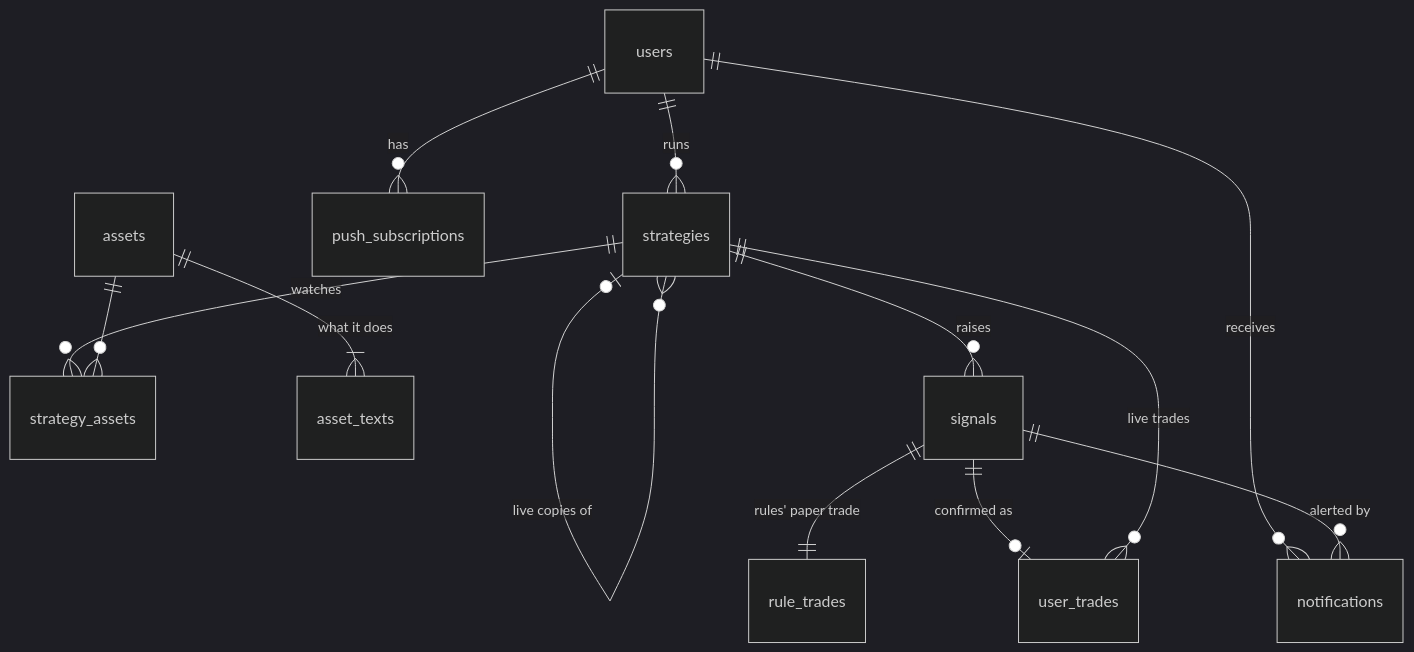
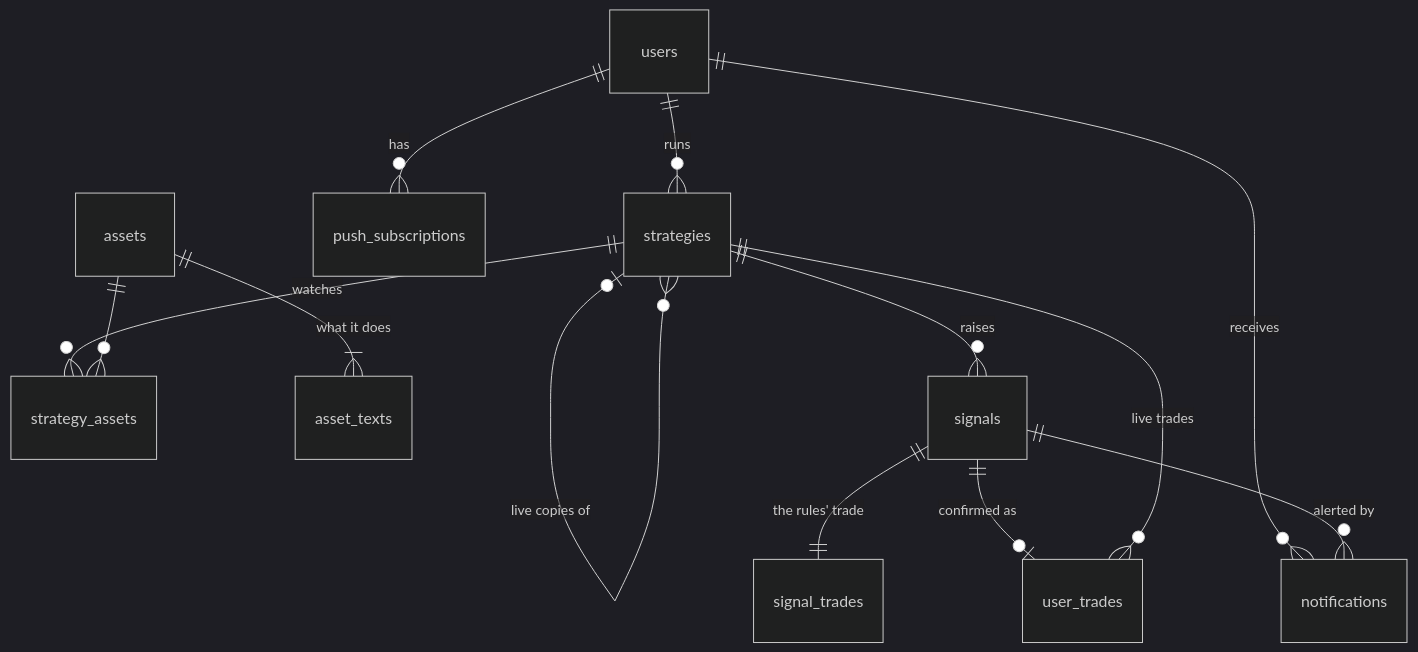
One commit to ernestbofill/strategy-trading-lab changed the diagram in backend/DATA-MODEL.md. Above: the diagram before and after it, drawn with Mermaid (dark theme). The commit also changed other lines of this file and 42 other files, not shown here.

````diff
--- a/backend/DATA-MODEL.md
+++ b/backend/DATA-MODEL.md
@@ -39,15 +39,15 @@
 ```mermaid
 erDiagram
     users ||--o{ strategies : runs
     users ||--o{ push_subscriptions : has
     users ||--o{ notifications : receives
     strategies |o--o{ strategies : "live copies of"
     strategies ||--o{ strategy_assets : watches
     assets ||--o{ strategy_assets : ""
     assets ||--|{ asset_texts : "what it does"
     strategies ||--o{ signals : raises
-    signals ||--|| rule_trades : "rules' paper trade"
+    signals ||--|| signal_trades : "the rules' trade"
     signals ||--o| user_trades : "confirmed as"
     strategies ||--o{ user_trades : "live trades"
     signals ||--o{ notifications : "alerted by"
 ```
````
